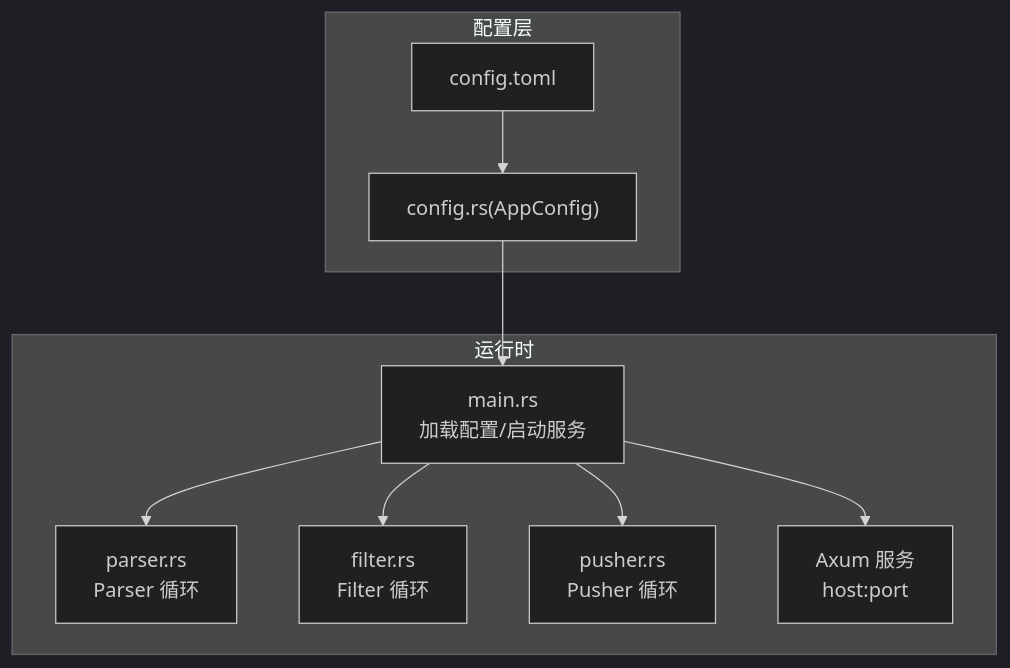
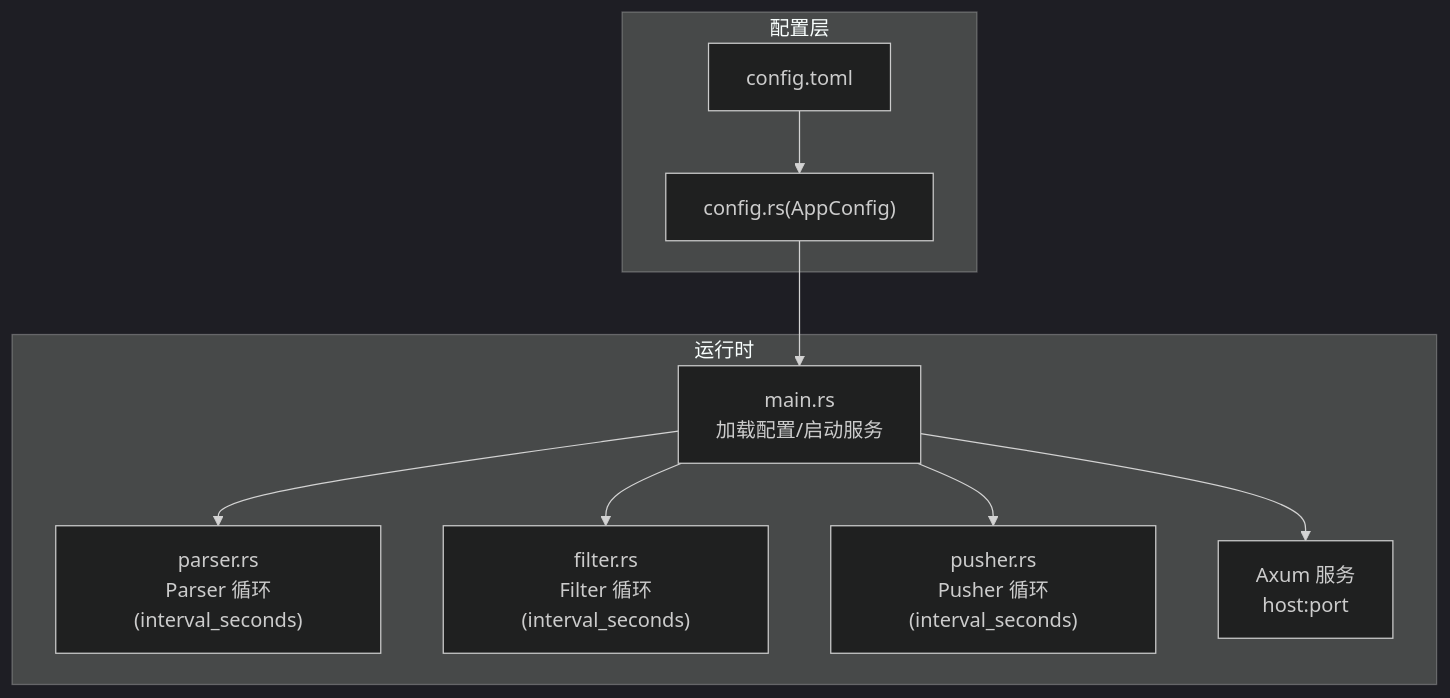
The second of 3 diagrams in .qoder/repowiki/zh/content/配置管理.md (leimu-hue/AI-Trend-Tool), drawn with Mermaid (dark theme) before and after one commit. The commit also changed other lines of this file and 74 other files, not shown here.

````diff
--- a/.qoder/repowiki/zh/content/配置管理.md
+++ b/.qoder/repowiki/zh/content/配置管理.md
@@ -130,19 +131,19 @@
 ```mermaid
 graph TB
 subgraph "配置层"
 T["config.toml"]
 S["config.rs(AppConfig)"]
 end
 subgraph "运行时"
 M["main.rs<br/>加载配置/启动服务"]
-P["parser.rs<br/>Parser 循环"]
-F["filter.rs<br/>Filter 循环"]
-U["pusher.rs<br/>Pusher 循环"]
+P["parser.rs<br/>Parser 循环(interval_seconds)"]
+F["filter.rs<br/>Filter 循环(interval_seconds)"]
+U["pusher.rs<br/>Pusher 循环(interval_seconds)"]
 A["Axum 服务<br/>host:port"]
 end
 T --> S --> M
 M --> P
 M --> F
 M --> U
 M --> A
 ```
````
